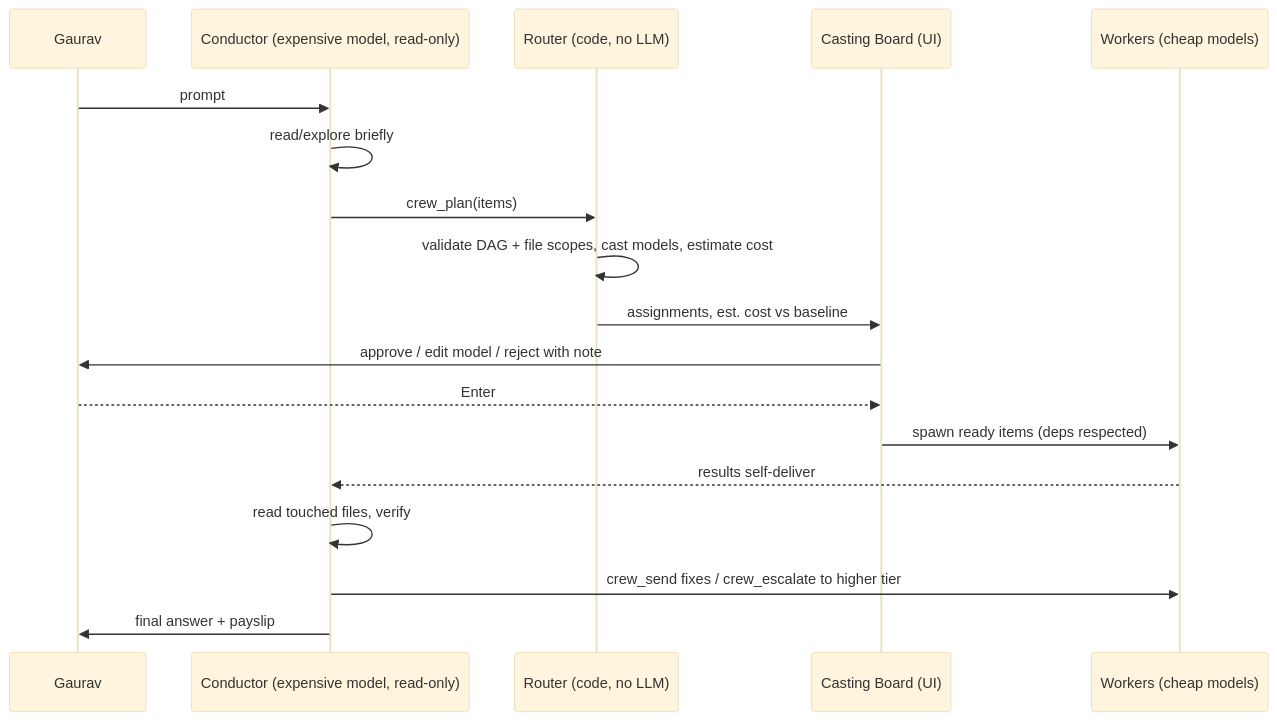
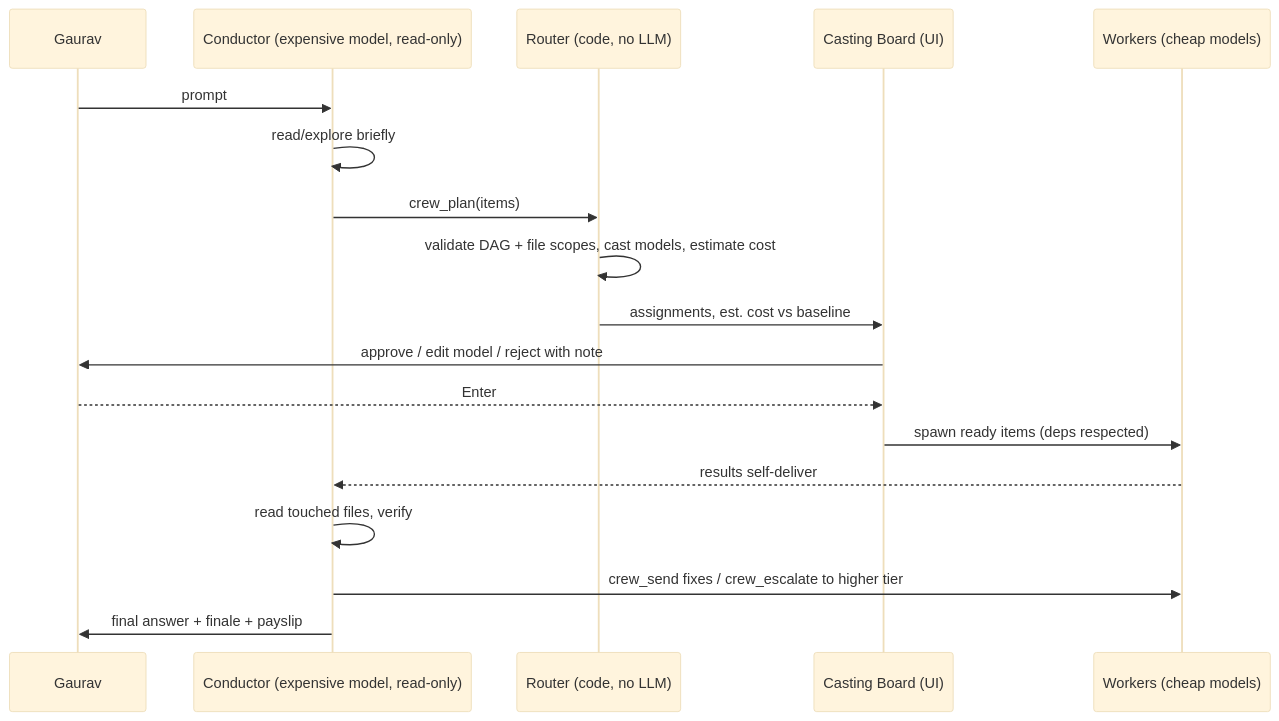
One commit to Gauravkarthikeyan/Gaurav-Harness changed the diagram in docs/superpowers/specs/2026-11-15-gkharness-design.md. Above: the diagram before and after it, drawn with Mermaid (base theme). The commit also changed other lines of this file and 2 other files, not shown here.

````diff
--- a/docs/superpowers/specs/2026-11-15-gkharness-design.md
+++ b/docs/superpowers/specs/2026-11-15-gkharness-design.md
@@ -135,20 +177,20 @@
 ```mermaid
 sequenceDiagram
   participant U as Gaurav
   participant C as Conductor (expensive model, read-only)
   participant R as Router (code, no LLM)
   participant B as Casting Board (UI)
   participant W as Workers (cheap models)
   U->>C: prompt
   C->>C: read/explore briefly
   C->>R: crew_plan(items)
   R->>R: validate DAG + file scopes, cast models, estimate cost
   R->>B: assignments, est. cost vs baseline
   B->>U: approve / edit model / reject with note
   U-->>B: Enter
   B->>W: spawn ready items (deps respected)
   W-->>C: results self-deliver
   C->>C: read touched files, verify
   C->>W: crew_send fixes / crew_escalate to higher tier
-  C->>U: final answer + payslip
+  C->>U: final answer + finale + payslip
 ```
````
